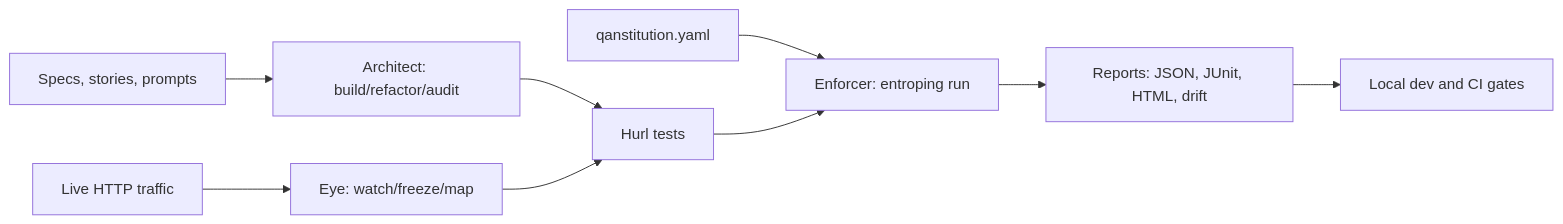
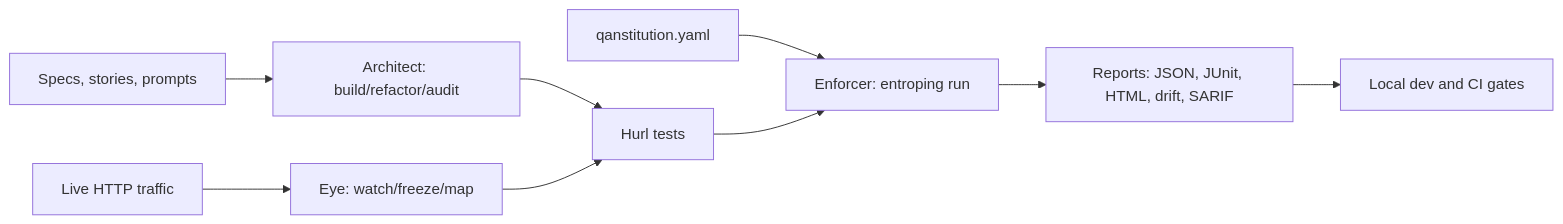
The first of 2 diagrams in README.md (sakibshuvo/Entroping), drawn with Mermaid before and after one commit. The commit also changed other lines of this file and 25 other files, not shown here.

Commit message:
feat(reports): emit sarif findings (#412)

````diff
--- a/README.md
+++ b/README.md
@@ -113,11 +113,11 @@
 ```mermaid
 flowchart LR
   Intent["Specs, stories, prompts"] --> Architect["Architect: build/refactor/audit"]
   Traffic["Live HTTP traffic"] --> Eye["Eye: watch/freeze/map"]
   Architect --> Tests["Hurl tests"]
   Eye --> Tests
   Law["qanstitution.yaml"] --> Enforcer["Enforcer: entroping run"]
   Tests --> Enforcer
-  Enforcer --> Reports["Reports: JSON, JUnit, HTML, drift"]
+  Enforcer --> Reports["Reports: JSON, JUnit, HTML, drift, SARIF"]
   Reports --> CI["Local dev and CI gates"]
 ```
````
